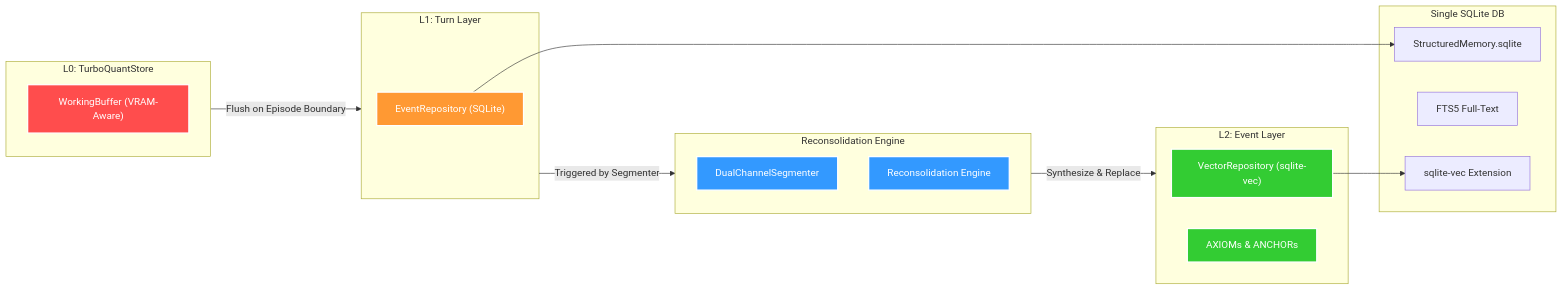
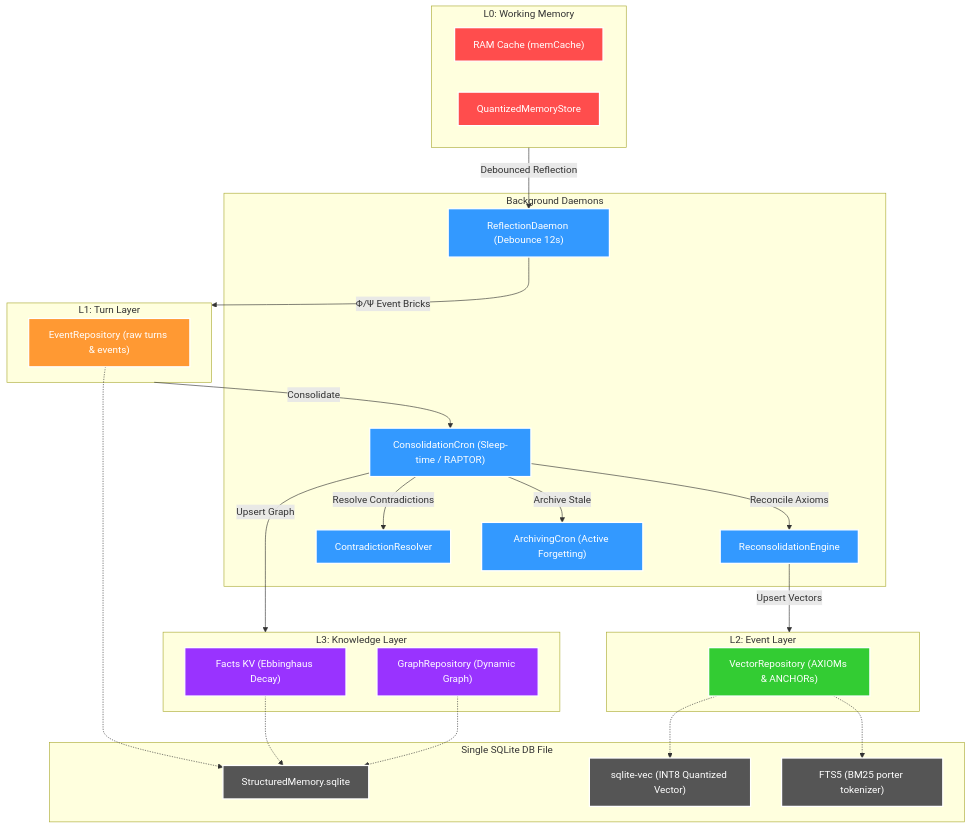
The third of 4 diagrams in docs/codebase_architecture.md (DuongNAD/LIVA), drawn with Mermaid before and after one commit. The commit also changed other lines of this file and 52 other files, not shown here.

Commit message:
feat: upgrade memory architecture to LIVA-UHM & optimize memory stress benchmark

````diff
--- a/docs/codebase_architecture.md
+++ b/docs/codebase_architecture.md
@@ -195,43 +224,63 @@
 ```mermaid
-graph LR
-    subgraph L0 ["L0: TurboQuantStore"]
-        WorkingBuffer["WorkingBuffer (VRAM-Aware)"]
+graph TD
+    subgraph L0 ["L0: Working Memory"]
+        memCache["RAM Cache (memCache)"]
+        QuantStore["QuantizedMemoryStore"]
     end
 
     subgraph L1 ["L1: Turn Layer"]
-        EventRepository["EventRepository (SQLite)"]
+        EventRepo["EventRepository (raw turns & events)"]
     end
 
     subgraph L2 ["L2: Event Layer"]
-        VectorRepository["VectorRepository (sqlite-vec)"]
-        Axioms["AXIOMs & ANCHORs"]
+        VectorRepo["VectorRepository (AXIOMs & ANCHORs)"]
     end
 
-    subgraph Engine ["Reconsolidation Engine"]
-        DualChannelSegmenter["DualChannelSegmenter"]
-        Reconsolidation["Reconsolidation Engine"]
+    subgraph L3 ["L3: Knowledge Layer"]
+        FactsKV["Facts KV (Ebbinghaus Decay)"]
+        GraphRepo["GraphRepository (Dynamic Graph)"]
     end
 
-    subgraph Storage ["Single SQLite DB"]
-        SQLite["StructuredMemory.sqlite"]
-        FTS5["FTS5 Full-Text"]
-        SqliteVec["sqlite-vec Extension"]
+    subgraph Engine ["Background Daemons"]
+        Reflection["ReflectionDaemon (Debounce 12s)"]
+        Consolidation["ConsolidationCron (Sleep-time / RAPTOR)"]
+        Reconsolidation["ReconsolidationEngine"]
+        Resolver["ContradictionResolver"]
+        Archiver["ArchivingCron (Active Forgetting)"]
     end
 
-    L0 -->|"Flush on Episode Boundary"| L1
-    L1 -->|"Triggered by Segmenter"| Engine
-    Engine -->|"Synthesize & Replace"| L2
+    subgraph Storage ["Single SQLite DB File"]
+        SQLite["StructuredMemory.sqlite"]
+        SqliteVec["sqlite-vec (INT8 Quantized Vector)"]
+        FTS5["FTS5 (BM25 porter tokenizer)"]
+    end
+
+    L0 -->|"Debounced Reflection"| Reflection
+    Reflection -->|"Φ/Ψ Event Bricks"| L1
+    L1 -->|"Consolidate"| Consolidation
+    Consolidation -->|"Reconcile Axioms"| Reconsolidation
+    Reconsolidation -->|"Upsert Vectors"| L2
+    Consolidation -->|"Upsert Graph"| L3
+    Consolidation -->|"Resolve Contradictions"| Resolver
+    Consolidation -->|"Archive Stale"| Archiver
     
-    EventRepository --> SQLite
-    VectorRepository --> SqliteVec
+    EventRepo -.-> SQLite
+    VectorRepo -.-> SqliteVec
+    VectorRepo -.-> FTS5
+    FactsKV -.-> SQLite
+    GraphRepo -.-> SQLite
     
     classDef l0 fill:#ff4d4d,stroke:#fff,stroke-width:2px,color:#fff
     classDef l1 fill:#ff9933,stroke:#fff,stroke-width:2px,color:#fff
     classDef l2 fill:#33cc33,stroke:#fff,stroke-width:2px,color:#fff
+    classDef l3 fill:#9933ff,stroke:#fff,stroke-width:2px,color:#fff
     classDef engine fill:#3399ff,stroke:#fff,stroke-width:2px,color:#fff
+    classDef db fill:#555,stroke:#fff,stroke-width:2px,color:#fff
     
-    class WorkingBuffer l0
-    class EventRepository l1
-    class VectorRepository,Axioms l2
-    class DualChannelSegmenter,Reconsolidation engine
+    class memCache,QuantStore l0
+    class EventRepo l1
+    class VectorRepo l2
+    class FactsKV,GraphRepo l3
+    class Reflection,Consolidation,Reconsolidation,Resolver,Archiver engine
+    class SQLite,SqliteVec,FTS5 db
 ```
````
